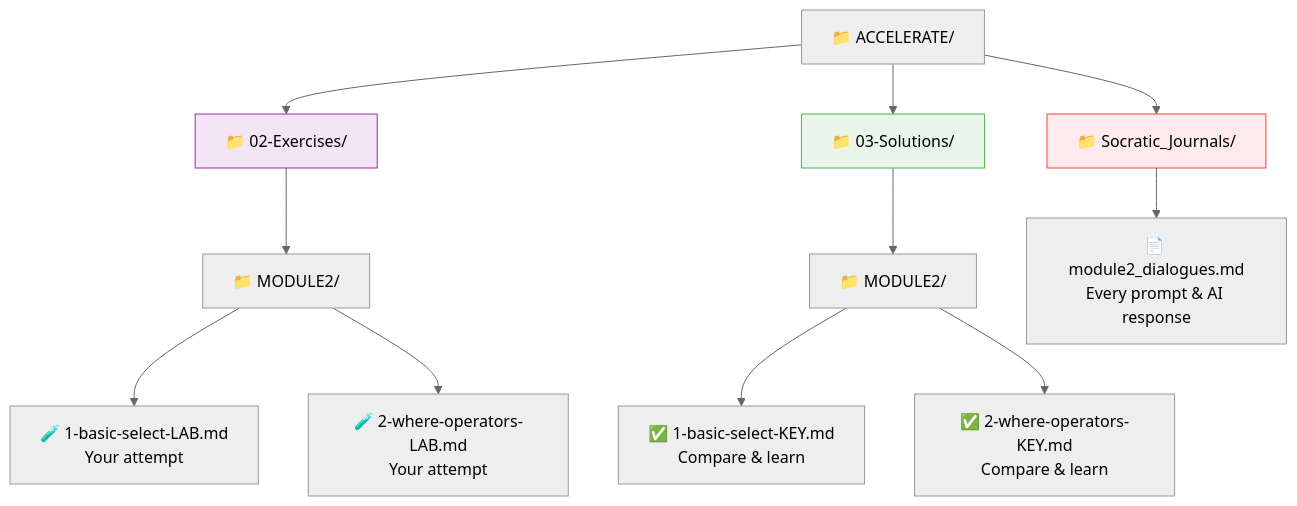
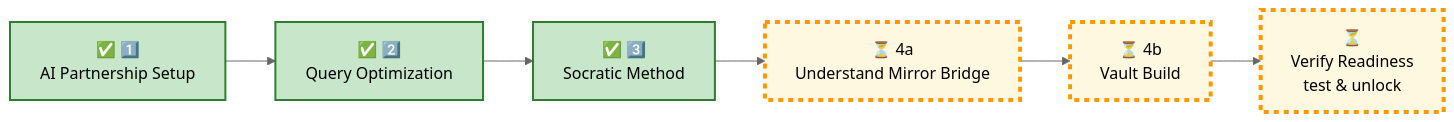
One commit to uma1999/umacourses changed the ninth of 9 diagrams in README.md. Above: the diagram before and after it, drawn with Mermaid (neutral theme). The commit also changed other lines of this file, not shown here.

````diff
--- a/README.md
+++ b/README.md
@@ -406,22 +1114,16 @@
 ```mermaid
-flowchart TD
-    ACCELERATE["📁 ACCELERATE/"]
+flowchart LR
+    A["✅ 1️⃣<br/>AI Partnership Setup"] --> 
+    B["✅ 2️⃣<br/>Query Optimization"] --> 
+    C["✅ 3️⃣<br/>Socratic Method"] --> 
+    D["⏳ 4a<br/>Understand Mirror Bridge"] -->
+    E["⏳ 4b<br/>Vault Build"] -->
+    F["⏳<br/>Verify Readiness<br/>test & unlock"]
     
-    ACCELERATE --> Exercises["📁 02-Exercises/"]
-    ACCELERATE --> Solutions["📁 03-Solutions/"]
-    ACCELERATE --> Journals["📁 Socratic_Journals/"]
-    
-    Exercises --> E2["📁 MODULE2/"]
-    E2 --> E2_1["🧪 1-basic-select-LAB.md<br/>Your attempt"]
-    E2 --> E2_2["🧪 2-where-operators-LAB.md<br/>Your attempt"]
-    
-    Solutions --> S2["📁 MODULE2/"]
-    S2 --> S2_1["✅ 1-basic-select-KEY.md<br/>Compare & learn"]
-    S2 --> S2_2["✅ 2-where-operators-KEY.md<br/>Compare & learn"]
-    
-    Journals --> J2["📄 module2_dialogues.md<br/>Every prompt & AI response"]
-    
-    style Exercises fill:#f3e5f5,stroke:#9c27b0
-    style Solutions fill:#e8f5e8,stroke:#4caf50
-    style Journals fill:#ffebee,stroke:#f44336
+    style A fill:#c8e6c9,stroke:#2e7d32,stroke-width:2px
+    style B fill:#c8e6c9,stroke:#2e7d32,stroke-width:2px
+    style C fill:#c8e6c9,stroke:#2e7d32,stroke-width:2px
+    style D fill:#fff8e1,stroke:#ff9800,stroke-width:4px,stroke-dasharray: 5 5
+    style E fill:#fff8e1,stroke:#ff9800,stroke-width:4px,stroke-dasharray: 5 5
+    style F fill:#fff8e1,stroke:#ff9800,stroke-width:4px,stroke-dasharray: 5 5
 ```
````
